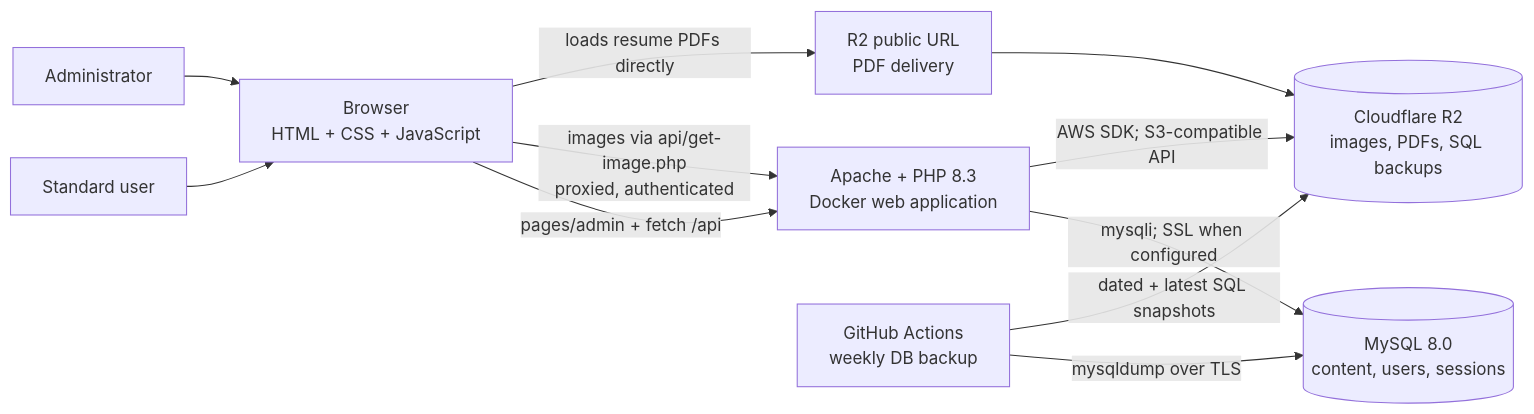
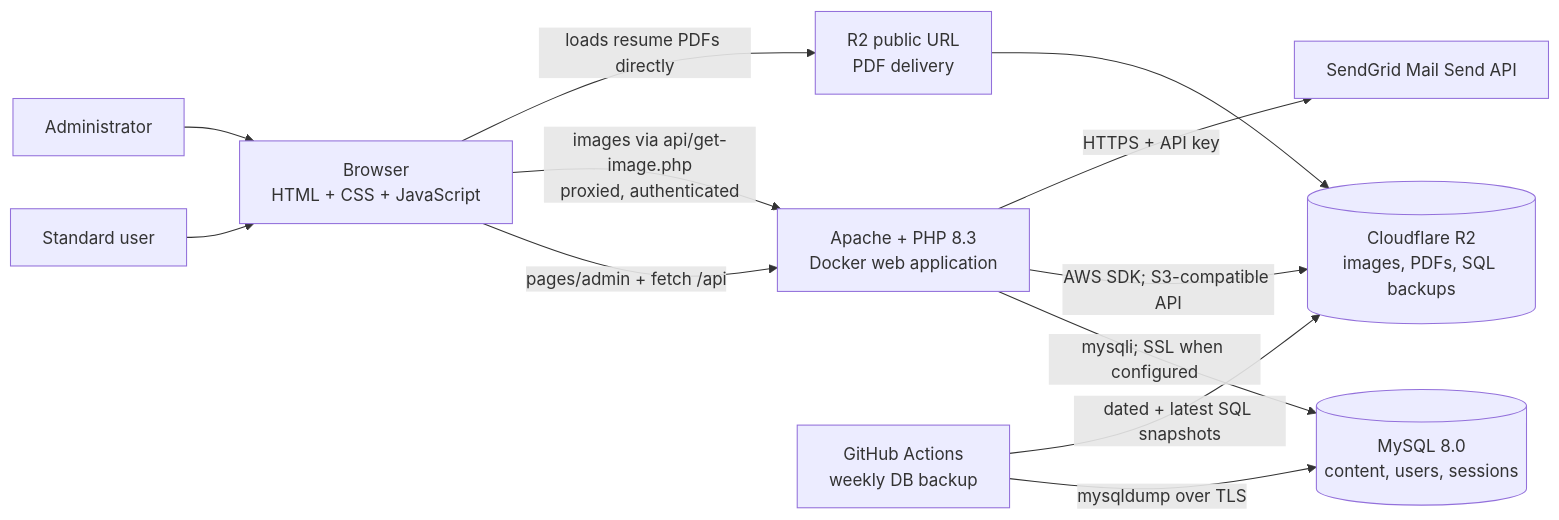
Before and after one commit to IntianDayor/login-dashboard-project: the first of 7 diagrams in SYSTEM_ARCHITECTURE.md, drawn with Mermaid. The commit also changed other lines of this file and 1 other file, not shown here.

````diff
--- a/SYSTEM_ARCHITECTURE.md
+++ b/SYSTEM_ARCHITECTURE.md
@@ -9,22 +9,24 @@
 ```mermaid
 flowchart LR
     Visitor["Standard user"]
     Admin["Administrator"]
     Browser["Browser\nHTML + CSS + JavaScript"]
     Web["Apache + PHP 8.3\nDocker web application"]
     DB[("MySQL 8.0\ncontent, users, sessions")]
     R2[("Cloudflare R2\nimages, PDFs, SQL backups")]
+    SendGrid["SendGrid Mail Send API"]
     CDN["R2 public URL\nPDF delivery"]
     GHA["GitHub Actions\nweekly DB backup"]
 
     Visitor --> Browser
     Admin --> Browser
     Browser -->|"pages/admin + fetch /api"| Web
     Web -->|"mysqli; SSL when configured"| DB
     Web -->|"AWS SDK; S3-compatible API"| R2
+    Web -->|"HTTPS + API key"| SendGrid
     Browser -->|"images via api/get-image.php\nproxied, authenticated"| Web
     Browser -->|"loads resume PDFs directly"| CDN
     CDN --> R2
     GHA -->|"mysqldump over TLS"| DB
     GHA -->|"dated + latest SQL snapshots"| R2
 ```
````
